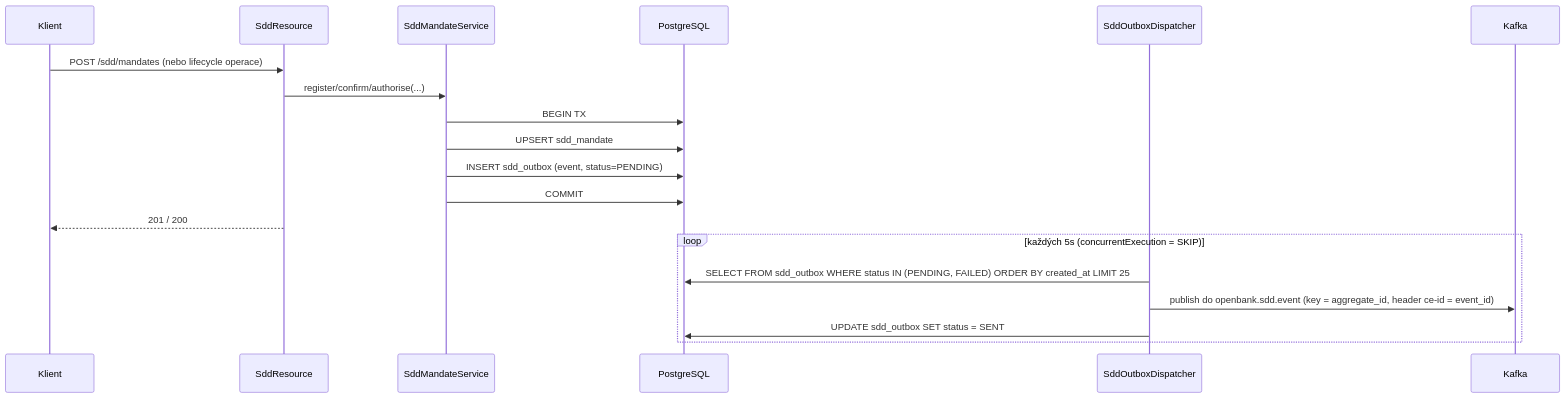
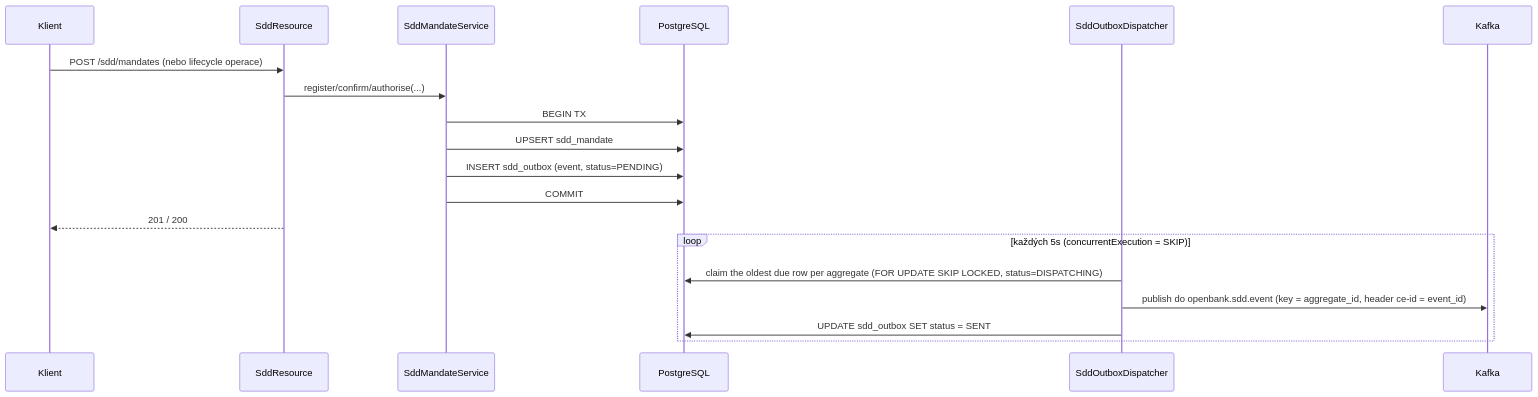
One commit to JiRaska/open-bank-oss changed the third of 3 diagrams in openbank-sdd-service/src/main/resources/docs/02-architecture.cs.md. Above: the diagram before and after it, drawn with Mermaid. The commit also changed other lines of this file and 1 other file, not shown here.

Commit message:
docs(sdd): describe the kernel outbox v2 claim and dispatch

````diff
--- a/openbank-sdd-service/src/main/resources/docs/02-architecture.cs.md
+++ b/openbank-sdd-service/src/main/resources/docs/02-architecture.cs.md
@@ -93,23 +93,23 @@
 ```mermaid
 sequenceDiagram
   participant C as Klient
   participant R as SddResource
   participant S as SddMandateService
   participant DB as PostgreSQL
   participant D as SddOutboxDispatcher
   participant K as Kafka
 
   C->>R: POST /sdd/mandates (nebo lifecycle operace)
   R->>S: register/confirm/authorise(...)
   S->>DB: BEGIN TX
   S->>DB: UPSERT sdd_mandate
   S->>DB: INSERT sdd_outbox (event, status=PENDING)
   S->>DB: COMMIT
   R-->>C: 201 / 200
 
   loop každých 5s (concurrentExecution = SKIP)
-    D->>DB: SELECT FROM sdd_outbox WHERE status IN (PENDING, FAILED) ORDER BY created_at LIMIT 25
+    D->>DB: claim the oldest due row per aggregate (FOR UPDATE SKIP LOCKED, status=DISPATCHING)
     D->>K: publish do openbank.sdd.event (key = aggregate_id, header ce-id = event_id)
     D->>DB: UPDATE sdd_outbox SET status = SENT
   end
 ```
````
